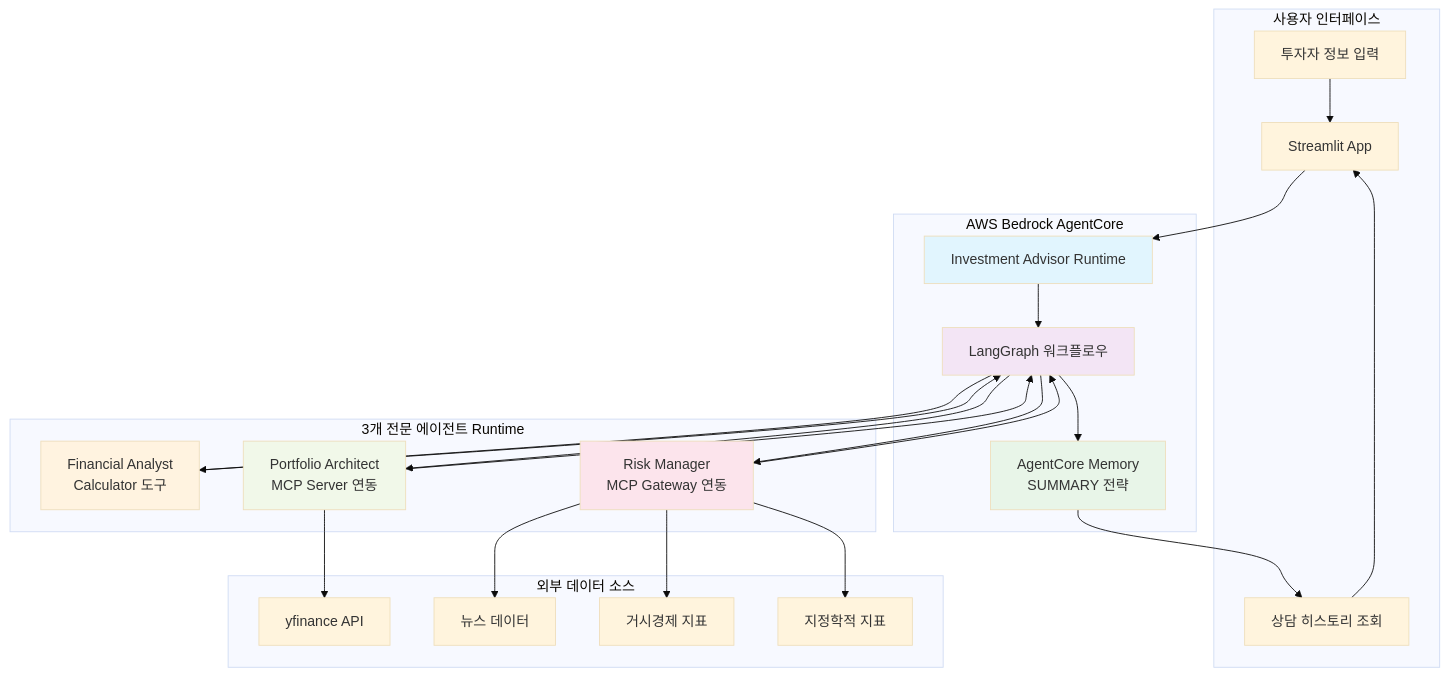
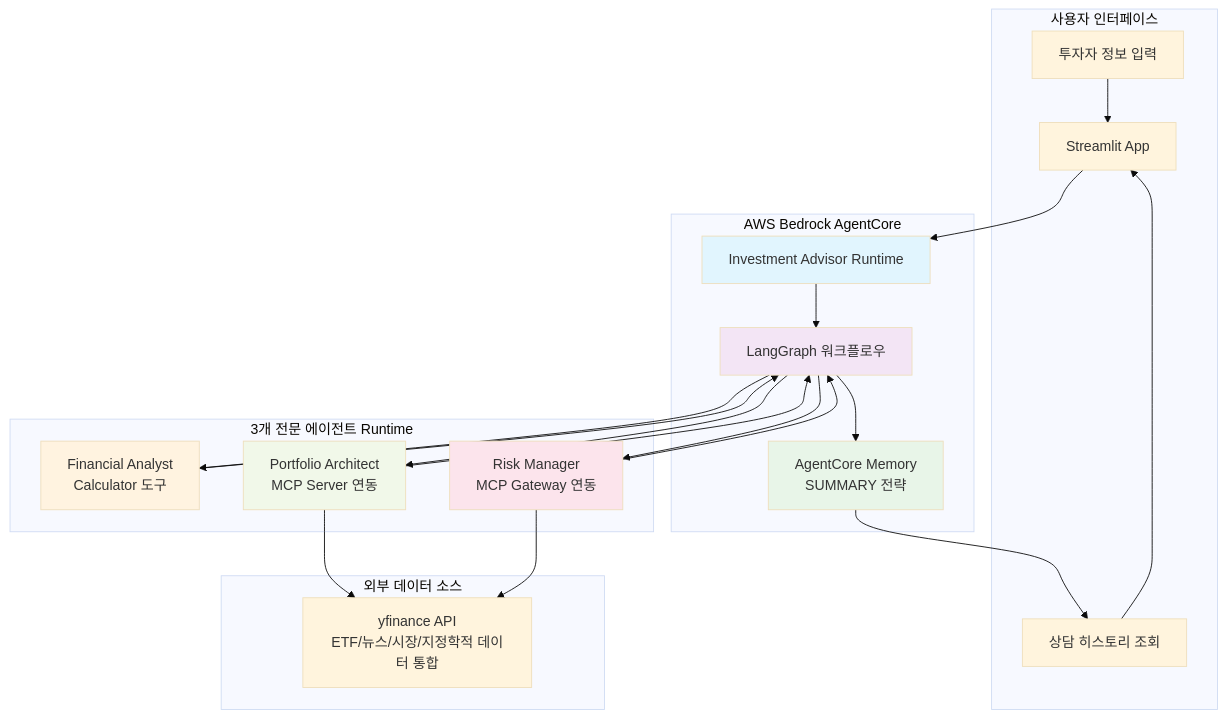
Before and after one commit to ksgsslee/investment_advisor_strands: the diagram in investment_advisor/README.md, drawn with Mermaid (base theme). The commit also changed other lines of this file and 5 other files, not shown here.

````diff
--- a/investment_advisor/README.md
+++ b/investment_advisor/README.md
@@ -16,53 +16,48 @@
 ```mermaid
 graph TB
     subgraph "사용자 인터페이스"
         UI[Streamlit App]
         INPUT[투자자 정보 입력]
         HISTORY[상담 히스토리 조회]
     end
     
     subgraph "AWS Bedrock AgentCore"
         RUNTIME[Investment Advisor Runtime]
         LANGGRAPH[LangGraph 워크플로우]
         MEMORY[AgentCore Memory<br/>SUMMARY 전략]
     end
     
     subgraph "3개 전문 에이전트 Runtime"
         FA[Financial Analyst<br/>Calculator 도구]
         PA[Portfolio Architect<br/>MCP Server 연동]
         RM[Risk Manager<br/>MCP Gateway 연동]
     end
     
     subgraph "외부 데이터 소스"
-        YFINANCE[yfinance API]
-        NEWS[뉴스 데이터]
-        MARKET[거시경제 지표]
-        GEO[지정학적 지표]
+        YFINANCE[yfinance API<br/>ETF/뉴스/시장/지정학적 데이터 통합]
     end
     
     INPUT --> UI
     UI --> RUNTIME
     RUNTIME --> LANGGRAPH
     
     LANGGRAPH --> FA
     FA --> LANGGRAPH
     LANGGRAPH --> PA
     PA --> YFINANCE
     PA --> LANGGRAPH
     LANGGRAPH --> RM
-    RM --> NEWS
-    RM --> MARKET
-    RM --> GEO
+    RM --> YFINANCE
     RM --> LANGGRAPH
     
     LANGGRAPH --> MEMORY
     MEMORY --> HISTORY
     HISTORY --> UI
     
     style RUNTIME fill:#e1f5fe
     style LANGGRAPH fill:#f3e5f5
     style MEMORY fill:#e8f5e8
     style FA fill:#fff3e0
     style PA fill:#f1f8e9
     style RM fill:#fce4ec
 ```
````
